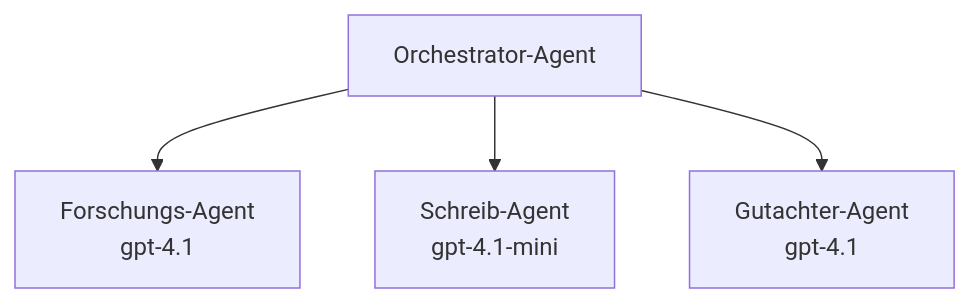
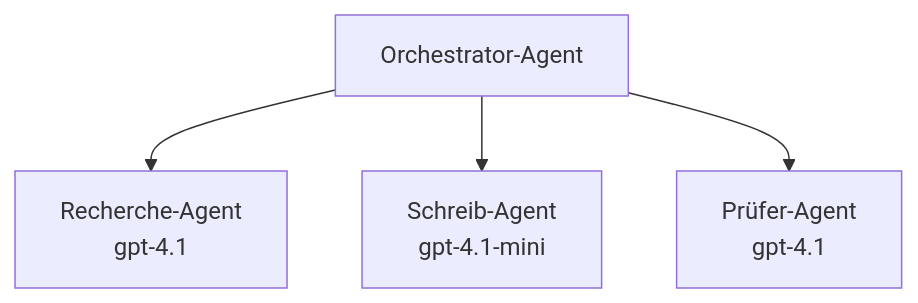
Before and after one commit to microsoft/AZD-for-beginners: the third of 3 diagrams in translations/de/docs/chapter-02-ai-development/agents.md, drawn with Mermaid. The commit also changed other lines of this file and 59 other files, not shown here.

````diff
--- a/translations/de/docs/chapter-02-ai-development/agents.md
+++ b/translations/de/docs/chapter-02-ai-development/agents.md
@@ -201,6 +201,6 @@
 ```mermaid
 graph TD
-    Orchestrator[Orchestrator-Agent] --> Research[Forschungs-Agent<br/>gpt-4.1]
+    Orchestrator[Orchestrator-Agent] --> Research[Recherche-Agent<br/>gpt-4.1]
     Orchestrator --> Writer[Schreib-Agent<br/>gpt-4.1-mini]
-    Orchestrator --> Reviewer[Gutachter-Agent<br/>gpt-4.1]
+    Orchestrator --> Reviewer[Prüfer-Agent<br/>gpt-4.1]
 ```
````
